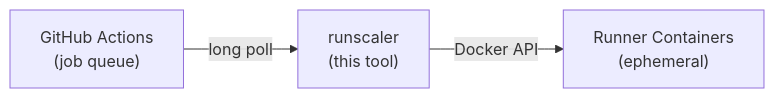
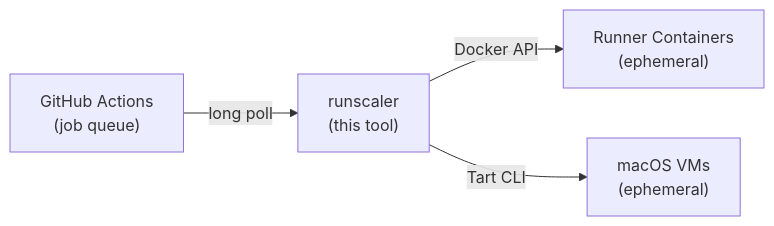
Before and after one commit to ysya/runscaler: the diagram in README.md, drawn with Mermaid. The commit also changed other lines of this file and 22 other files, not shown here.

First line of the commit message:
feat: add Tart macOS VM backend with warm pool support

````diff
--- a/README.md
+++ b/README.md
@@ -14,5 +14,6 @@
 ```mermaid
 flowchart LR
     A["GitHub Actions<br/>(job queue)"] -- long poll --> B["runscaler<br/>(this tool)"]
     B -- Docker API --> C["Runner Containers<br/>(ephemeral)"]
+    B -- Tart CLI --> D["macOS VMs<br/>(ephemeral)"]
 ```
````
